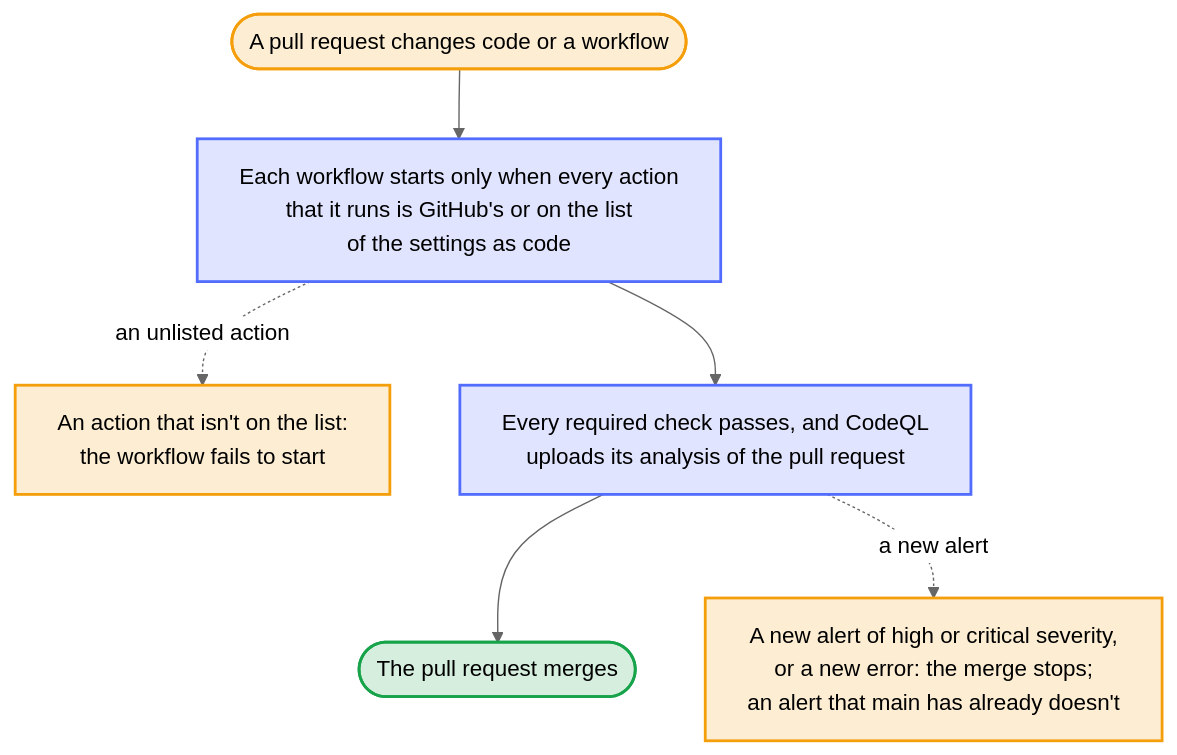
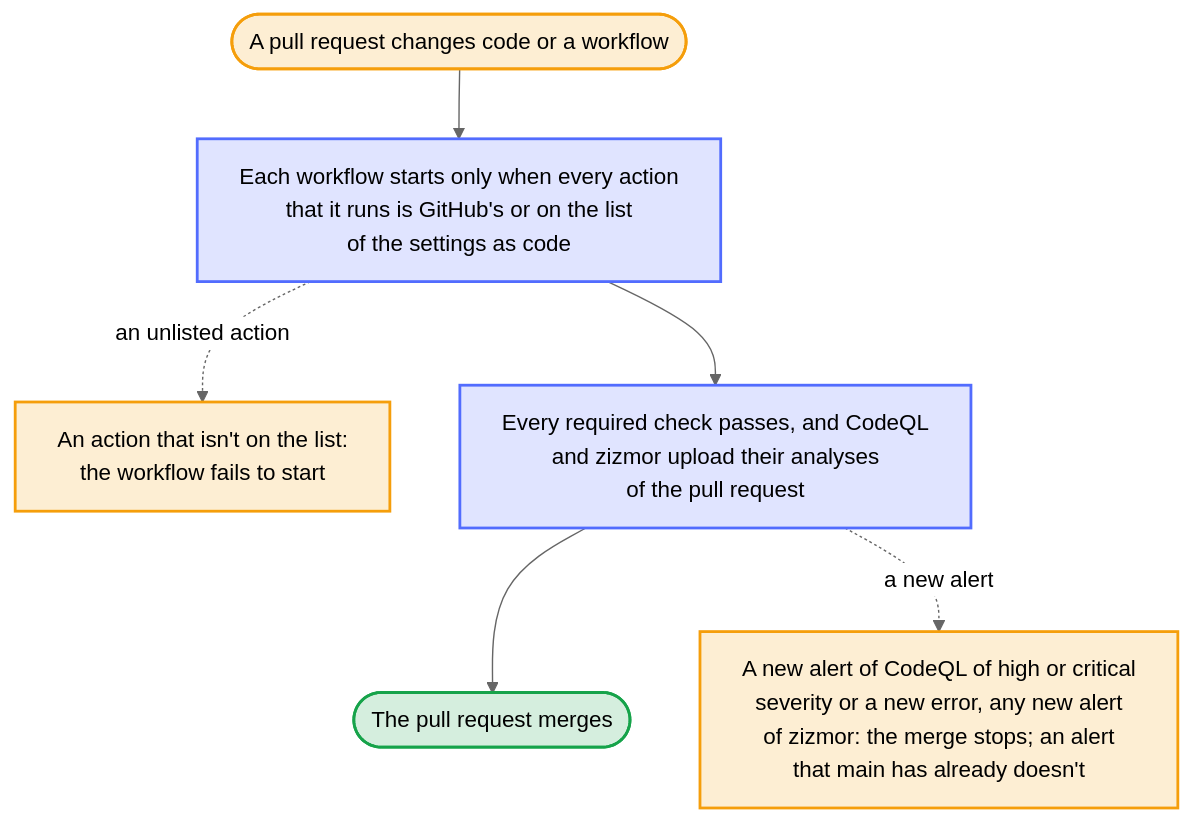
Before and after one commit to Dennis-Otto/repo-blueprint: the diagram in docs/diagrams/what-a-pull-request-passes-before-it-merges.mmd, drawn with Mermaid (neutral theme). The commit also changed 27 other files, not shown here.

```diff
--- a/docs/diagrams/what-a-pull-request-passes-before-it-merges.mmd
+++ b/docs/diagrams/what-a-pull-request-passes-before-it-merges.mmd
@@ -1,28 +1,28 @@
 ---
 config:
   flowchart:
     wrappingWidth: 400
 ---
 flowchart TB
     accTitle: What a pull request passes before it merges
-    accDescr: A pull request changes code or a workflow. Each workflow starts only when every action that it runs, and every action that these run in turn, is one of GitHub or matches a pattern of the list in the settings as code; a workflow that names another fails to start. The required checks then pass, and CodeQL uploads its analysis of the pull request. GitHub compares it with that of main, and a new alert of high or critical severity, or a new error, stops the merge; an alert that main has already doesn't. Otherwise the pull request merges.
+    accDescr: A pull request changes code or a workflow. Each workflow starts only when every action that it runs, and every action that these run in turn, is one of GitHub or matches a pattern of the list in the settings as code; a workflow that names another fails to start. The required checks then pass, and CodeQL and zizmor upload their analyses of the pull request. GitHub compares each with that of main: a new alert of CodeQL of high or critical severity, or a new error, stops the merge, and so does every new alert of zizmor; an alert that main has already doesn't. Otherwise the pull request merges.
 
     change(["A pull request changes code or a workflow"])
     start["Each workflow starts only when every action<br>that it runs is GitHub's or on the list<br>of the settings as code"]
     blocked["An action that isn't on the list:<br>the workflow fails to start"]
-    checks["Every required check passes, and CodeQL<br>uploads its analysis of the pull request"]
-    alert["A new alert of high or critical severity,<br>or a new error: the merge stops;<br>an alert that main has already doesn't"]
+    checks["Every required check passes, and CodeQL<br>and zizmor upload their analyses<br>of the pull request"]
+    alert["A new alert of CodeQL of high or critical<br>severity or a new error, any new alert<br>of zizmor: the merge stops; an alert<br>that main has already doesn't"]
     merge(["The pull request merges"])
 
     change --> start
     start --> checks
     start -. "an unlisted action" .-> blocked
     checks --> merge
     checks -. "a new alert" .-> alert
 
     classDef bot fill:#526cfe2e,stroke:#526cfe,stroke-width:2px
     classDef person fill:#f59e0b2e,stroke:#f59e0b,stroke-width:2px
     classDef done fill:#16a34a2e,stroke:#16a34a,stroke-width:2px
     class start,checks bot
     class change,blocked,alert person
     class merge done
```
